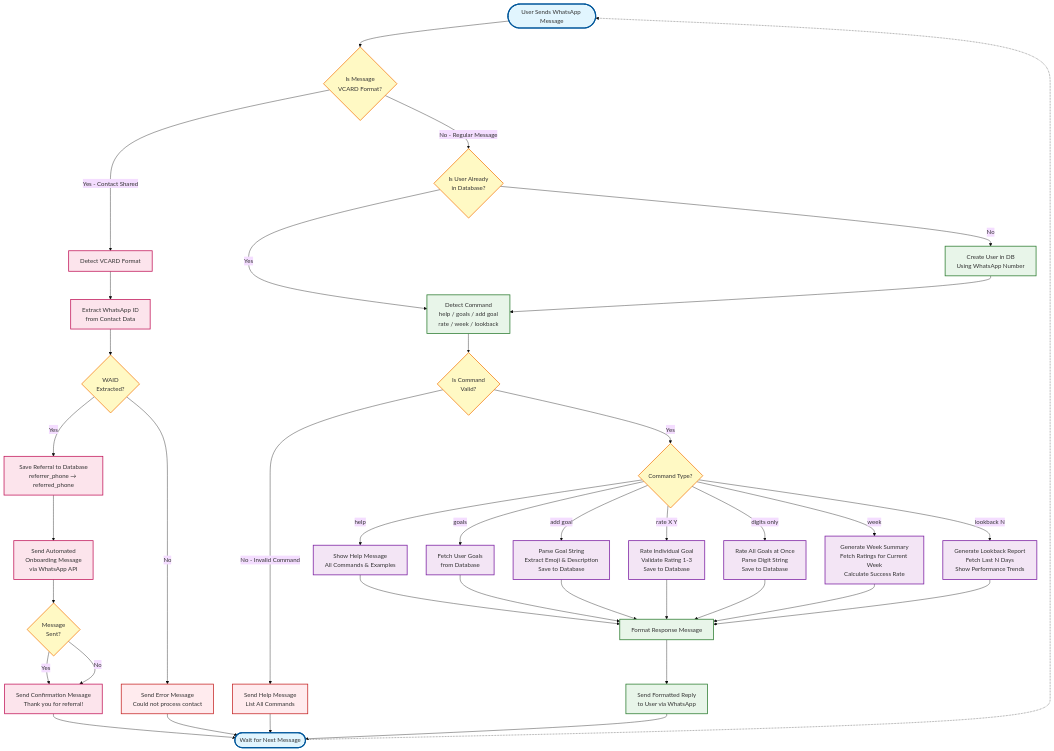
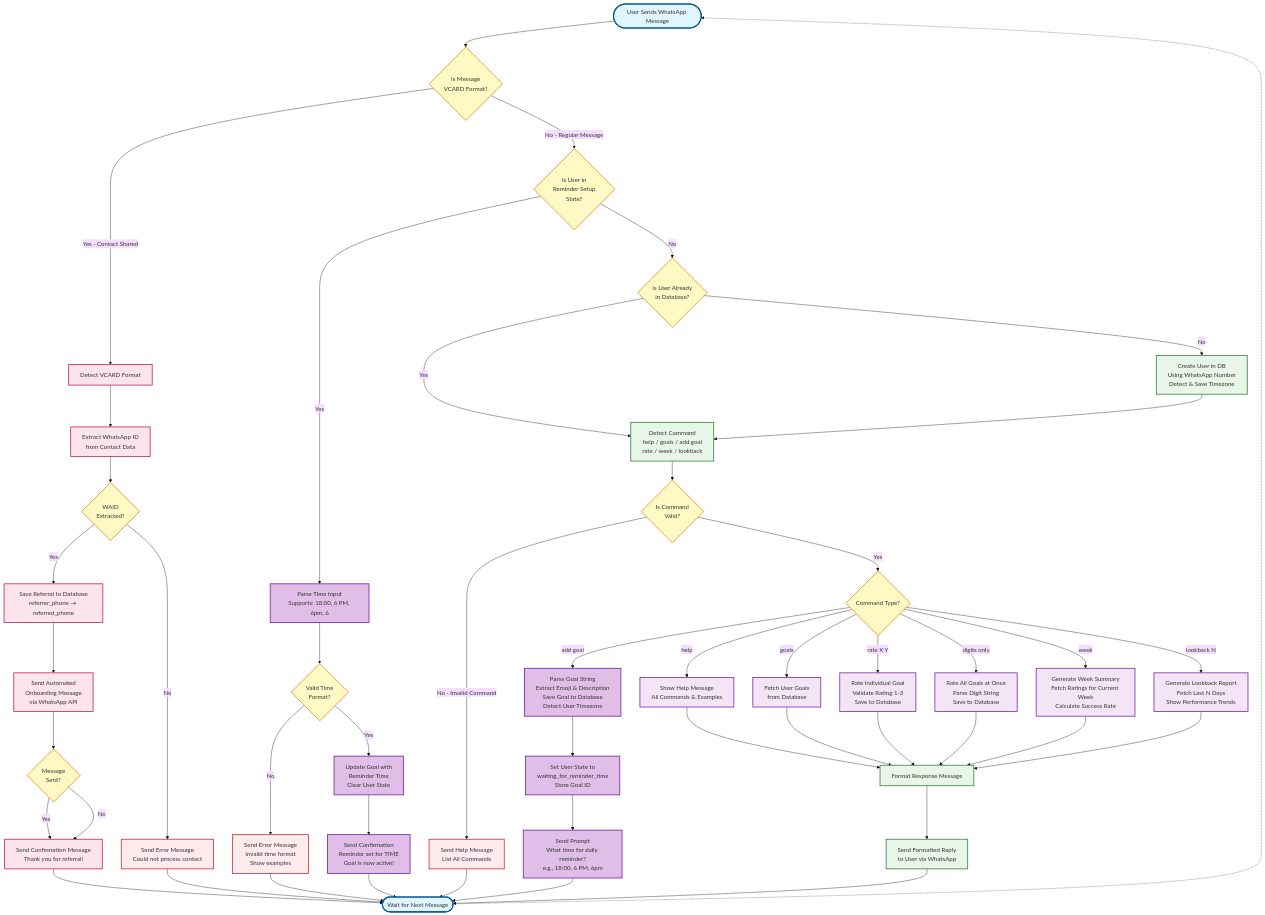
Before and after one commit to jmoraispk/loglife: the diagram in diagrams/mermaid/user_flow.md, drawn with Mermaid (base theme). The commit also changed other lines of this file and 41 other files, not shown here.

First line of the commit message:
feat: Add daily reminder system with state management and cron job/python reminder script (#15)

````diff
--- a/diagrams/mermaid/user_flow.md
+++ b/diagrams/mermaid/user_flow.md
@@ -35,7 +50,7 @@
     %% Message Type Detection
     Start --> CheckMessageType{Is Message<br/>VCARD Format?}
     
-    %% VCARD/Contact Sharing Flow (NEW)
+    %% VCARD/Contact Sharing Flow
     CheckMessageType -->|Yes - Contact Shared| DetectVCard[Detect VCARD Format]
     DetectVCard --> ExtractWAID[Extract WhatsApp ID<br/>from Contact Data]
     ExtractWAID --> CheckWAID{WAID<br/>Extracted?}
@@ -48,9 +63,21 @@
     ConfirmReferral --> WaitNext
     ErrorMsg --> WaitNext
     
-    %% Regular Message Flow
-    CheckMessageType -->|No - Regular Message| CheckUser{Is User Already<br/>in Database?}
-    CheckUser -->|No| CreateUser[Create User in DB<br/>Using WhatsApp Number]
+    %% Regular Message Flow - Check User State First (NEW)
+    CheckMessageType -->|No - Regular Message| CheckUserState{Is User in<br/>Reminder Setup<br/>State?}
+    
+    %% Reminder Time Input Flow (NEW)
+    CheckUserState -->|Yes| ParseTime[Parse Time Input<br/>Supports: 18:00, 6 PM, 6pm, 6]
+    ParseTime --> ValidateTime{Valid Time<br/>Format?}
+    ValidateTime -->|No| TimeError[Send Error Message<br/>Invalid time format<br/>Show examples]
+    TimeError --> WaitNext
+    ValidateTime -->|Yes| SaveTime[Update Goal with<br/>Reminder Time<br/>Clear User State]
+    SaveTime --> ConfirmReminder[Send Confirmation<br/>Reminder set for TIME<br/>Goal is now active!]
+    ConfirmReminder --> WaitNext
+    
+    %% Normal Command Flow
+    CheckUserState -->|No| CheckUser{Is User Already<br/>in Database?}
+    CheckUser -->|No| CreateUser[Create User in DB<br/>Using WhatsApp Number<br/>Detect & Save Timezone]
     CheckUser -->|Yes| DetectCommand
     CreateUser --> DetectCommand[Detect Command<br/>help / goals / add goal<br/>rate / week / lookback]
     
@@ -63,16 +90,20 @@
     %% Command Routing
     RouteCommand -->|help| ShowHelp[Show Help Message<br/>All Commands & Examples]
     RouteCommand -->|goals| GetGoals[Fetch User Goals<br/>from Database]
-    RouteCommand -->|add goal| AddGoal[Parse Goal String<br/>Extract Emoji & Description<br/>Save to Database]
+    RouteCommand -->|add goal| AddGoal[Parse Goal String<br/>Extract Emoji & Description<br/>Save Goal to Database<br/>Detect User Timezone]
     RouteCommand -->|rate X Y| RateGoal[Rate Individual Goal<br/>Validate Rating 1-3<br/>Save to Database]
     RouteCommand -->|digits only| BulkRate[Rate All Goals at Once<br/>Parse Digit String<br/>Save to Database]
     RouteCommand -->|week| WeekSummary[Generate Week Summary<br/>Fetch Ratings for Current Week<br/>Calculate Success Rate]
     RouteCommand -->|lookback N| LookbackSummary[Generate Lookback Report<br/>Fetch Last N Days<br/>Show Performance Trends]
     
-    %% Execute Commands
+    %% Add Goal Flow - Now with Reminder Setup (NEW)
+    AddGoal --> SetState[Set User State to<br/>waiting_for_reminder_time<br/>Store Goal ID]
+    SetState --> PromptTime[Send Prompt<br/>What time for daily reminder?<br/>e.g., 18:00, 6 PM, 6pm]
+    PromptTime --> WaitNext
+    
+    %% Execute Other Commands
     ShowHelp --> FormatResponse[Format Response Message]
     GetGoals --> FormatResponse
-    AddGoal --> FormatResponse
     RateGoal --> FormatResponse
     BulkRate --> FormatResponse
     WeekSummary --> FormatResponse
@@ -89,12 +120,14 @@
     classDef process fill:#e8f5e9,stroke:#2e7d32,stroke-width:2px
     classDef referral fill:#fce4ec,stroke:#c2185b,stroke-width:2px
     classDef command fill:#f3e5f5,stroke:#7b1fa2,stroke-width:2px
+    classDef reminder fill:#e1bee7,stroke:#6a1b9a,stroke-width:2px
     classDef error fill:#ffebee,stroke:#c62828,stroke-width:2px
     
     class Start,WaitNext startEnd
-    class CheckMessageType,CheckUser,ValidateCommand,RouteCommand,CheckWAID,CheckSendSuccess decision
+    class CheckMessageType,CheckUser,CheckUserState,ValidateCommand,RouteCommand,CheckWAID,CheckSendSuccess,ValidateTime decision
     class CreateUser,DetectCommand,FormatResponse,SendResponse process
     class DetectVCard,ExtractWAID,SaveReferral,SendOnboarding,ConfirmReferral referral
-    class ShowHelp,GetGoals,AddGoal,RateGoal,BulkRate,WeekSummary,LookbackSummary command
-    class SendHelp,ErrorMsg error
+    class ShowHelp,GetGoals,RateGoal,BulkRate,WeekSummary,LookbackSummary command
+    class AddGoal,SetState,PromptTime,ParseTime,SaveTime,ConfirmReminder reminder
+    class SendHelp,ErrorMsg,TimeError error
 ```
````
